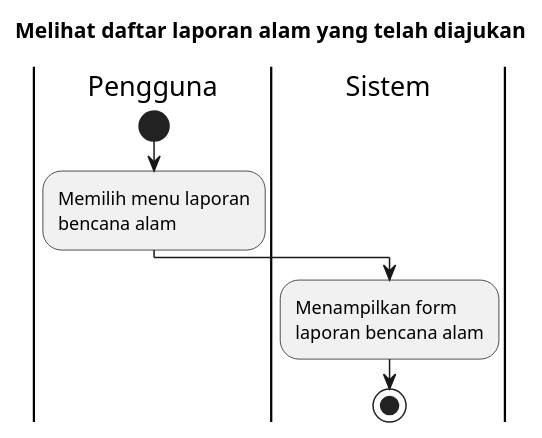
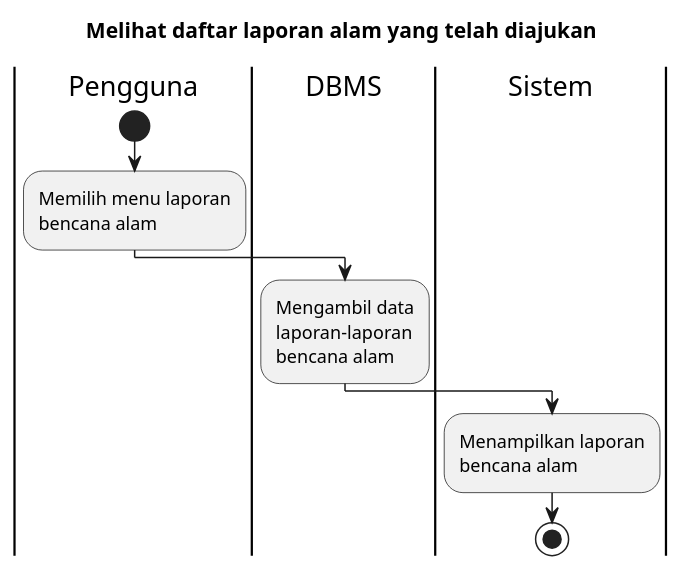
Before and after one commit to bagusNA/appl-diagrams: the diagram in Activity Diagrams/UC-MAP - Peta Bencana/UC-MAP-020 - Melihat laporan bencana alam yang telah diajukan.puml, drawn with PlantUML. The commit also changed 112 other files, not shown here.

Commit message:
feat: overhaul activity diagrams

```diff
--- a/Activity Diagrams/UC-MAP - Peta Bencana/UC-MAP-020 - Melihat laporan bencana alam yang telah diajukan.puml
+++ b/Activity Diagrams/UC-MAP - Peta Bencana/UC-MAP-020 - Melihat laporan bencana alam yang telah diajukan.puml
@@ -1,14 +1,17 @@
 @startuml UC-MAP-020 - Melihat daftar laporan bencana alam yang telah diajukan
 skinparam wrapWidth 140
 
 title Melihat daftar laporan alam yang telah diajukan
 
 |Pengguna|
 start
 :Memilih menu laporan bencana alam;
 
+|DBMS|
+:Mengambil data laporan-laporan bencana alam;
+
 |Sistem|
-:Menampilkan form laporan bencana alam;
+:Menampilkan laporan bencana alam;
 stop
 
 @enduml
```
